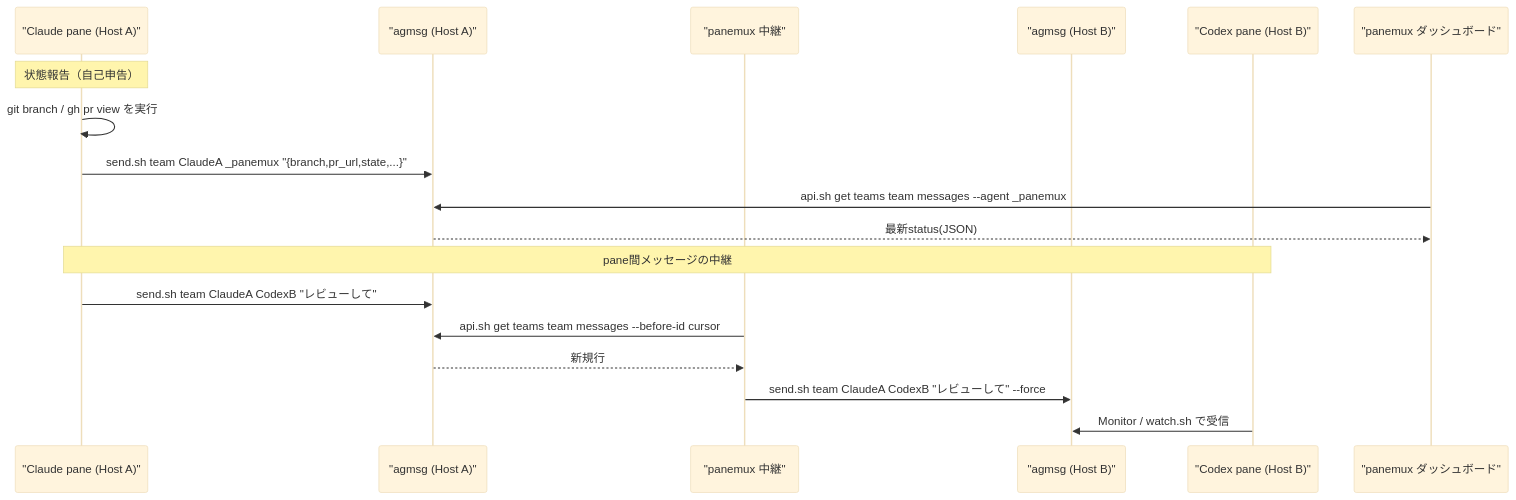
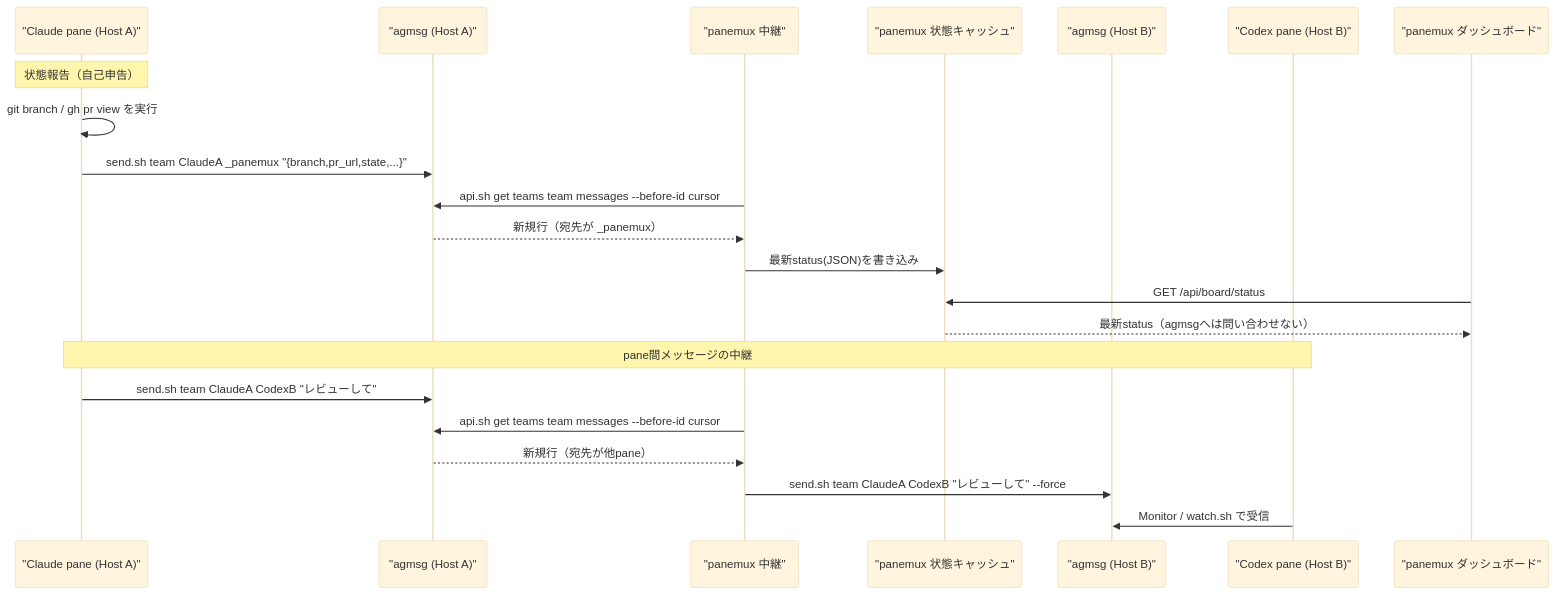
The second of 3 diagrams in docs/agent-board.md (tomo-chan/panemux), drawn with Mermaid (base theme) before and after one commit. The commit also changed other lines of this file, not shown here.

First line of the commit message:
docs: redraw architecture as panemux/agmsg responsibility boundaries

````diff
--- a/docs/agent-board.md
+++ b/docs/agent-board.md
@@ -227,22 +246,26 @@
 ```mermaid
 sequenceDiagram
     participant ClaudeA as "Claude pane (Host A)"
     participant AgmsgA as "agmsg (Host A)"
     participant Relay as "panemux 中継"
+    participant Cache as "panemux 状態キャッシュ"
     participant AgmsgB as "agmsg (Host B)"
     participant CodexB as "Codex pane (Host B)"
     participant Dash as "panemux ダッシュボード"
 
     Note over ClaudeA: 状態報告（自己申告）
     ClaudeA->>ClaudeA: git branch / gh pr view を実行
     ClaudeA->>AgmsgA: send.sh team ClaudeA _panemux "{branch,pr_url,state,...}"
-    Dash->>AgmsgA: api.sh get teams team messages --agent _panemux
-    AgmsgA-->>Dash: 最新status(JSON)
+    Relay->>AgmsgA: api.sh get teams team messages --before-id cursor
+    AgmsgA-->>Relay: 新規行（宛先が _panemux）
+    Relay->>Cache: 最新status(JSON)を書き込み
+    Dash->>Cache: GET /api/board/status
+    Cache-->>Dash: 最新status（agmsgへは問い合わせない）
 
     Note over ClaudeA,CodexB: pane間メッセージの中継
     ClaudeA->>AgmsgA: send.sh team ClaudeA CodexB "レビューして"
     Relay->>AgmsgA: api.sh get teams team messages --before-id cursor
-    AgmsgA-->>Relay: 新規行
+    AgmsgA-->>Relay: 新規行（宛先が他pane）
     Relay->>AgmsgB: send.sh team ClaudeA CodexB "レビューして" --force
     CodexB->>AgmsgB: Monitor / watch.sh で受信
 ```
````
